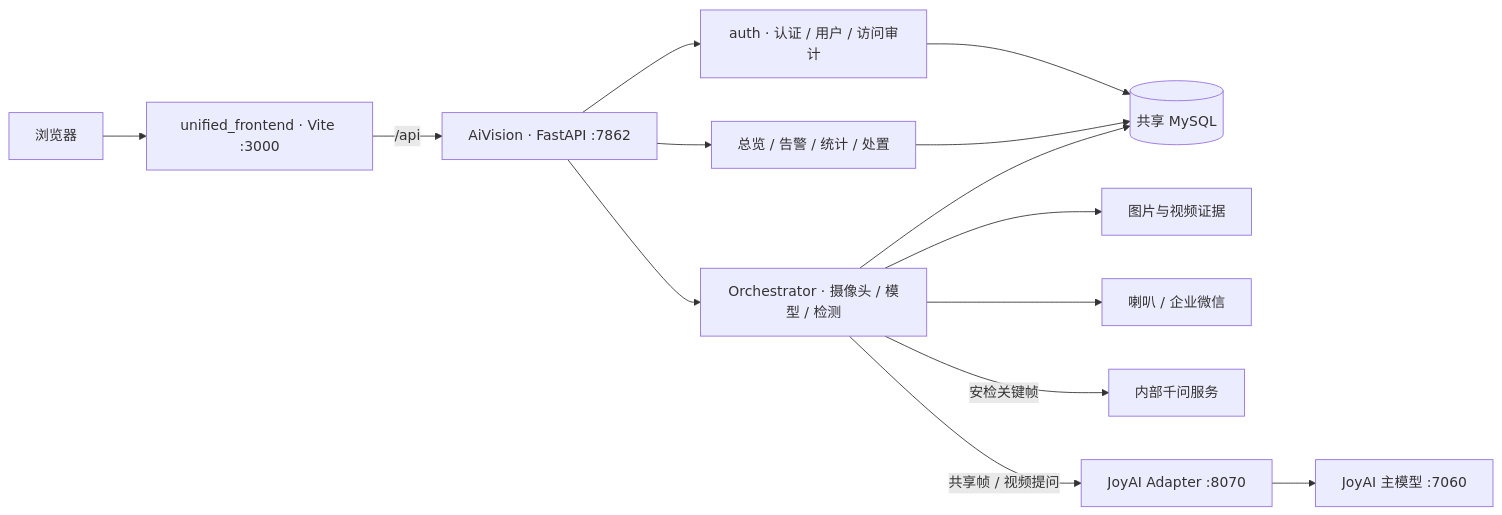
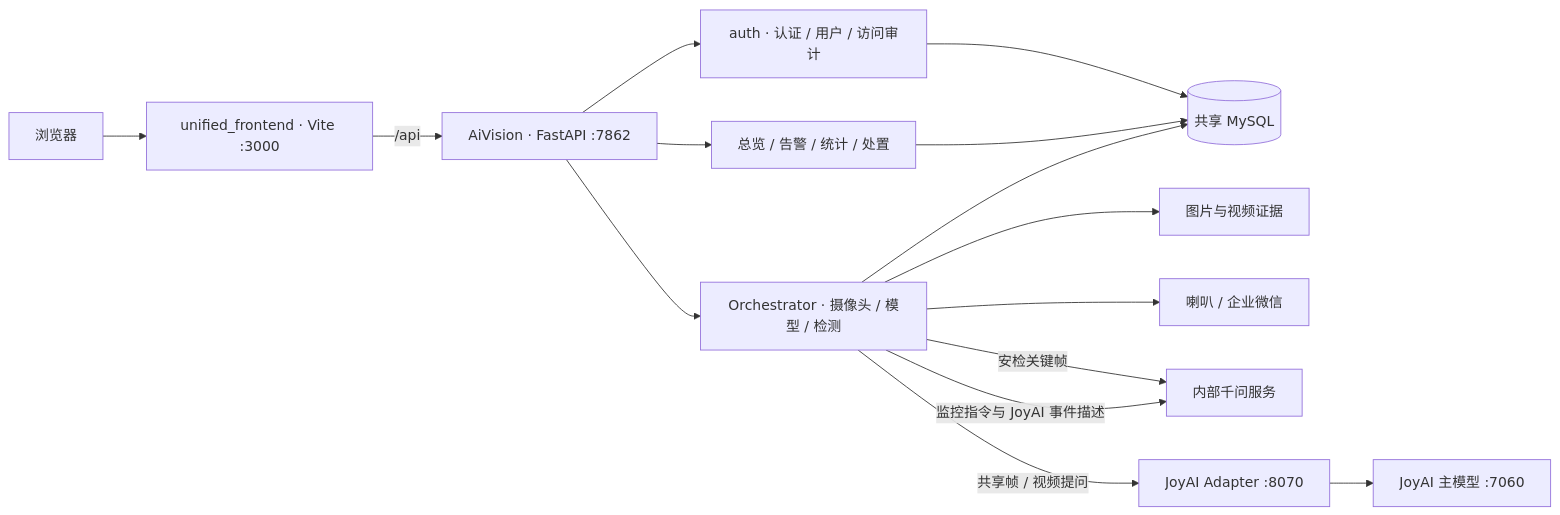
Before and after one commit to asmellperson/CVproject1: the diagram in README.md, drawn with Mermaid. The commit also changed other lines of this file and 13 other files, not shown here.

````diff
--- a/README.md
+++ b/README.md
@@ -9,16 +9,17 @@
 ```mermaid
 flowchart LR
     Browser[浏览器] --> Frontend[unified_frontend · Vite :3000]
     Frontend -->|/api| API[AiVision · FastAPI :7862]
     API --> Auth[auth · 认证 / 用户 / 访问审计]
     API --> Runtime[Orchestrator · 摄像头 / 模型 / 检测]
     API --> Records[总览 / 告警 / 统计 / 处置]
     Auth --> DB[(共享 MySQL)]
     Records --> DB
     Runtime --> DB
     Runtime --> Media[图片与视频证据]
     Runtime --> Notify[喇叭 / 企业微信]
     Runtime -->|安检关键帧| Qwen[内部千问服务]
+    Runtime -->|监控指令与 JoyAI 事件描述| Qwen
     Runtime -->|共享帧 / 视频提问| JoyAdapter[JoyAI Adapter :8070]
     JoyAdapter --> JoyAI[JoyAI 主模型 :7060]
 ```
````
